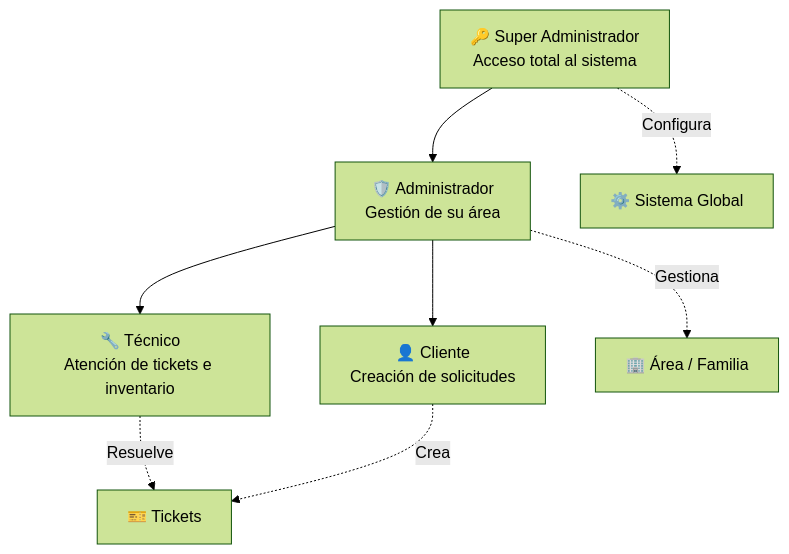
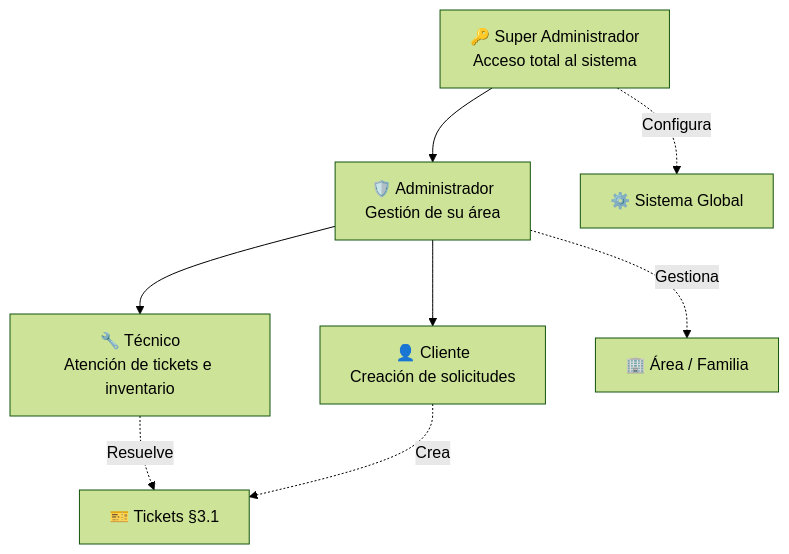
One commit to CosmeSoto/Tickets changed the fifth of 8 diagrams in docs/ALCANCE_DEL_PROYECTO.md. Above: the diagram before and after it, drawn with Mermaid (forest theme). The commit also changed other lines of this file, not shown here.

````diff
--- a/docs/ALCANCE_DEL_PROYECTO.md
+++ b/docs/ALCANCE_DEL_PROYECTO.md
@@ -197,16 +260,16 @@
 ```mermaid
 graph TD
-    SA[🔑 Super Administrador<br/>Acceso total al sistema]
-    AD[🛡️ Administrador<br/>Gestión de su área]
-    TEC[🔧 Técnico<br/>Atención de tickets e inventario]
-    CLI[👤 Cliente<br/>Creación de solicitudes]
+    SA["🔑 Super Administrador<br/>Acceso total al sistema"]
+    AD["🛡️ Administrador<br/>Gestión de su área"]
+    TEC["🔧 Técnico<br/>Atención de tickets e inventario"]
+    CLI["👤 Cliente<br/>Creación de solicitudes"]
 
     SA --> AD
     AD --> TEC
     AD --> CLI
 
-    SA -.->|Configura| SYS[⚙️ Sistema Global]
-    AD -.->|Gestiona| AREA[🏢 Área / Familia]
-    TEC -.->|Resuelve| TKT[🎫 Tickets]
+    SA -.->|Configura| SYS["⚙️ Sistema Global"]
+    AD -.->|Gestiona| AREA["🏢 Área / Familia"]
+    TEC -.->|Resuelve| TKT["🎫 Tickets §3.1"]
     CLI -.->|Crea| TKT
 ```
````
